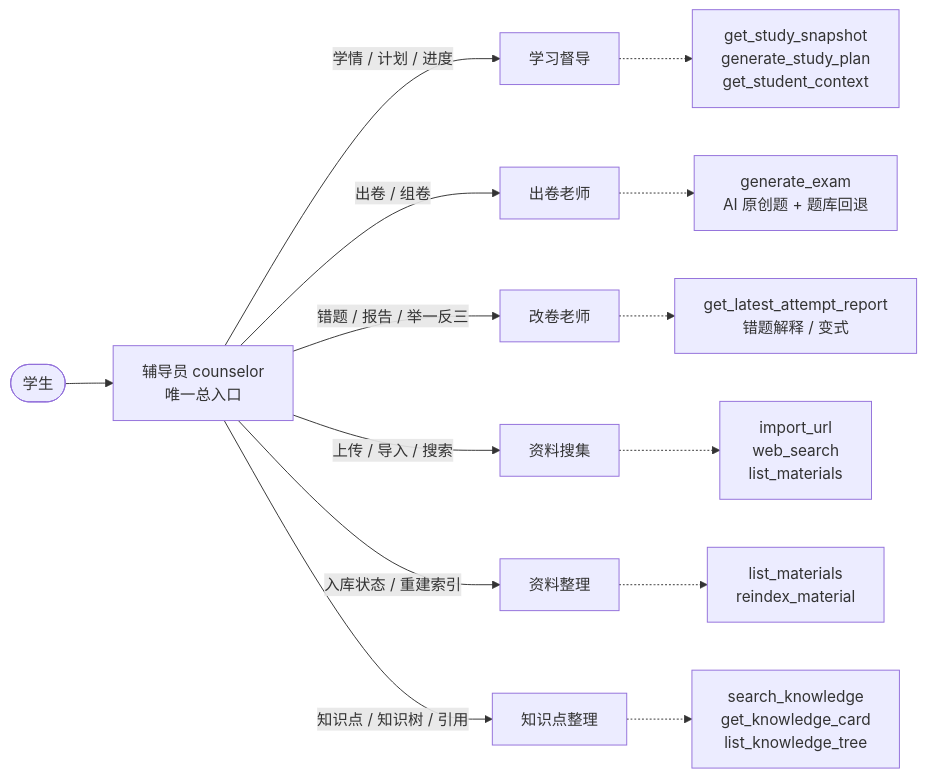
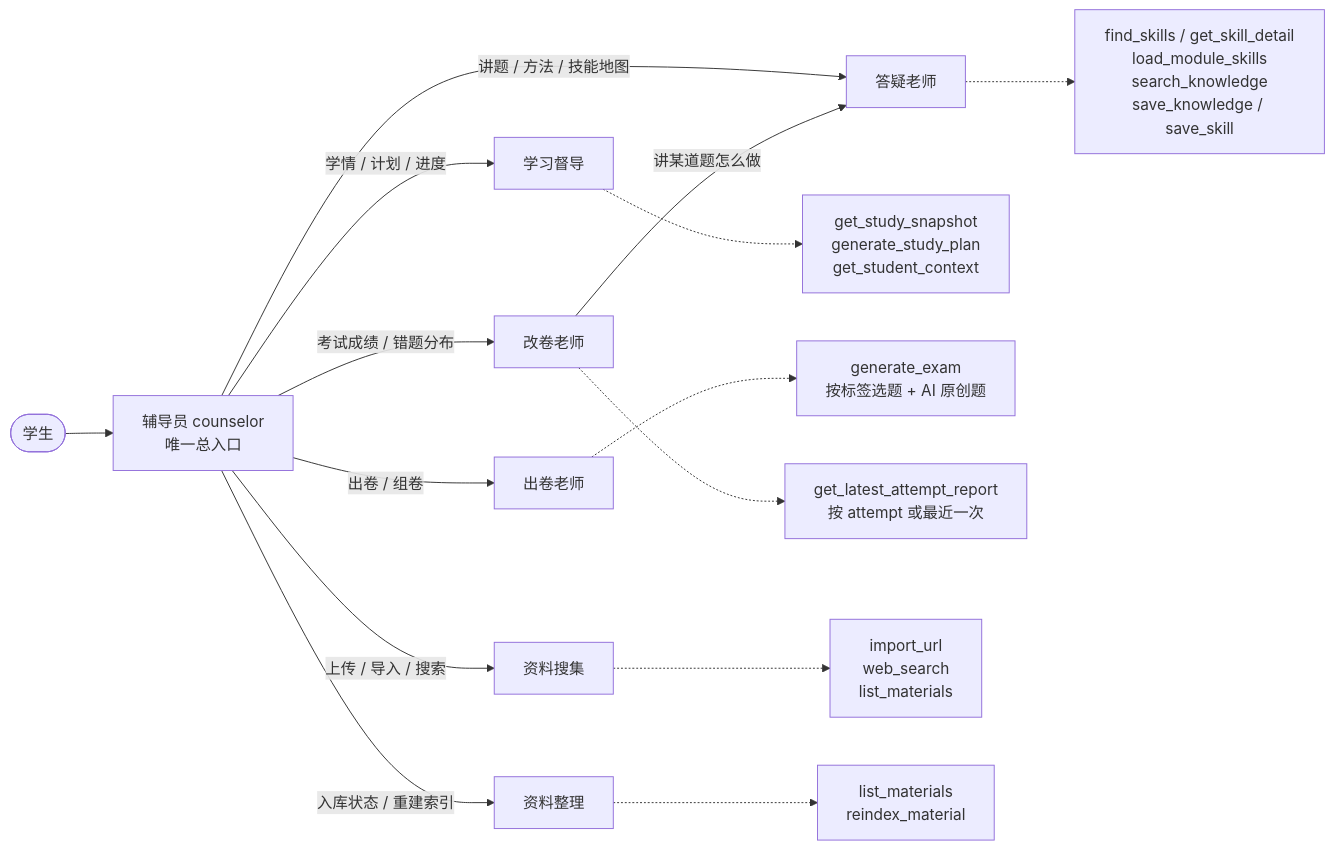
The diagram in docs/diagrams/agents.mmd (yijiejiang/kaogong-school), drawn with Mermaid before and after one commit. The commit also changed 5 other files, not shown here.

First line of the commit message:
README 与架构图同步到当前实现

```diff
--- a/docs/diagrams/agents.mmd
+++ b/docs/diagrams/agents.mmd
@@ -1,15 +1,17 @@
 flowchart LR
   User(["学生"]) --> Counselor["辅导员 counselor<br/>唯一总入口"]
+  Counselor -->|讲题 / 方法 / 技能地图| Tutor["答疑老师"]
   Counselor -->|学情 / 计划 / 进度| Supervisor["学习督导"]
   Counselor -->|出卷 / 组卷| Examiner["出卷老师"]
-  Counselor -->|错题 / 报告 / 举一反三| Grader["改卷老师"]
+  Counselor -->|考试成绩 / 错题分布| Grader["改卷老师"]
   Counselor -->|上传 / 导入 / 搜索| Collector["资料搜集"]
   Counselor -->|入库状态 / 重建索引| Organizer["资料整理"]
-  Counselor -->|知识点 / 知识树 / 引用| Knowledge["知识点整理"]
 
+  Tutor -.-> T1["find_skills / get_skill_detail<br/>load_module_skills<br/>search_knowledge<br/>save_knowledge / save_skill"]
   Supervisor -.-> S1["get_study_snapshot<br/>generate_study_plan<br/>get_student_context"]
-  Examiner -.-> E1["generate_exam<br/>AI 原创题 + 题库回退"]
-  Grader -.-> G1["get_latest_attempt_report<br/>错题解释 / 变式"]
+  Examiner -.-> E1["generate_exam<br/>按标签选题 + AI 原创题"]
+  Grader -.-> G1["get_latest_attempt_report<br/>按 attempt 或最近一次"]
   Collector -.-> C1["import_url<br/>web_search<br/>list_materials"]
   Organizer -.-> O1["list_materials<br/>reindex_material"]
-  Knowledge -.-> K1["search_knowledge<br/>get_knowledge_card<br/>list_knowledge_tree"]
+
+  Grader -->|讲某道题怎么做| Tutor
```
